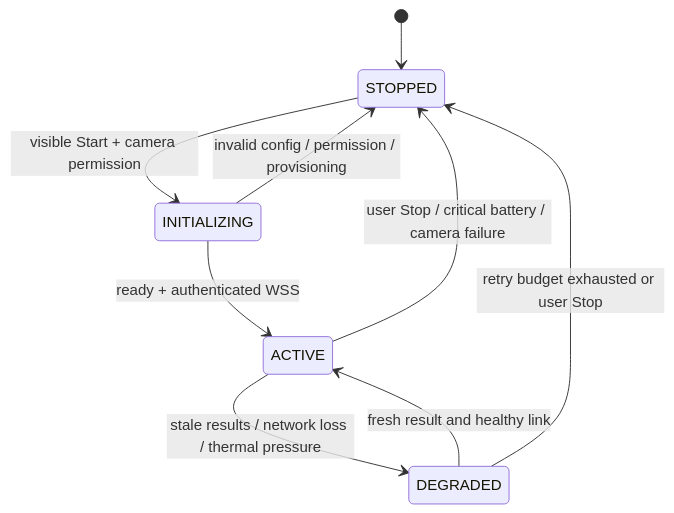
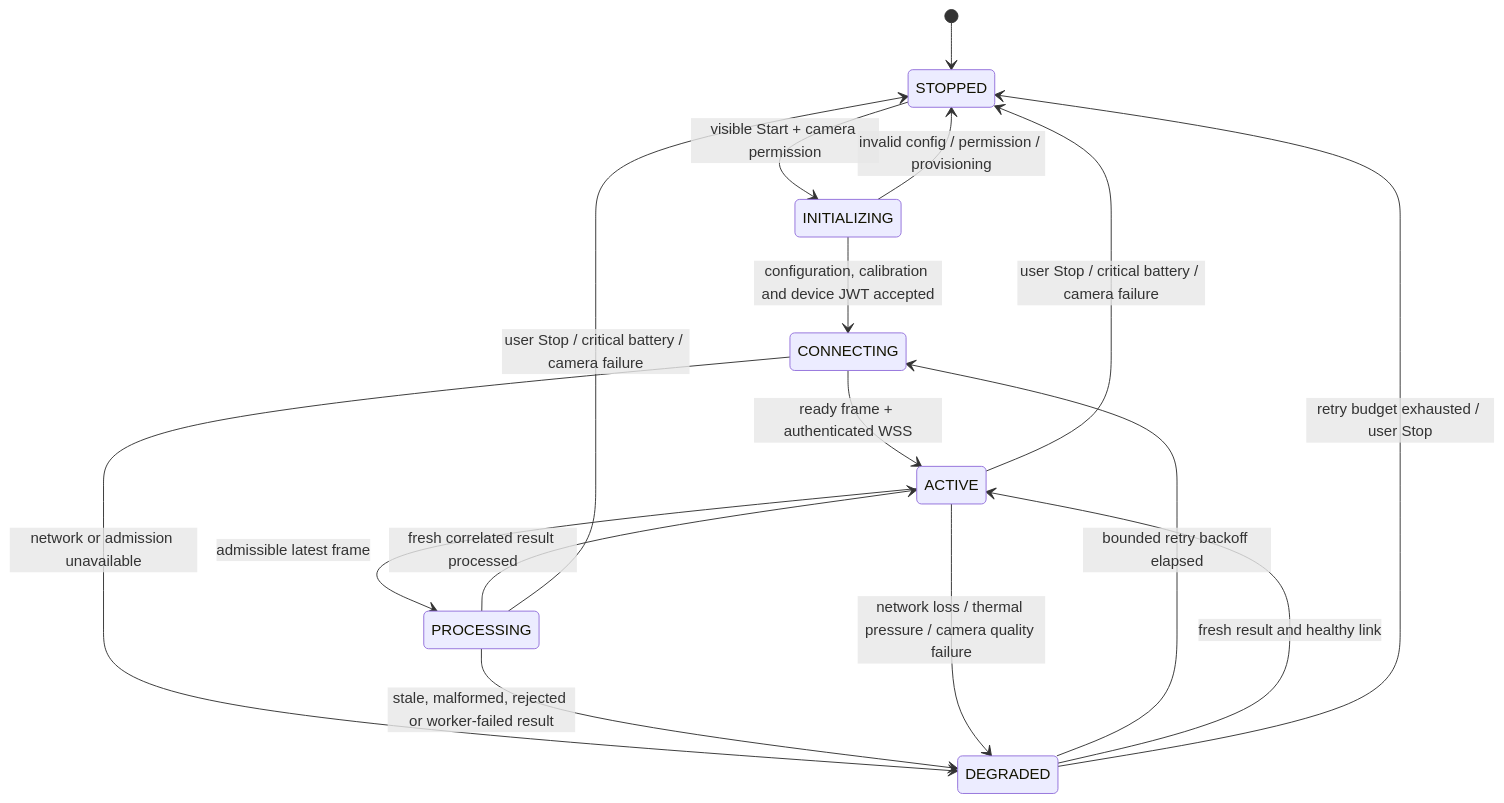
Before and after one commit to kethanva/akshrava: the third of 7 diagrams in README.md, drawn with Mermaid. The commit also changed other lines of this file and 53 other files, not shown here.

````diff
--- a/README.md
+++ b/README.md
@@ -119,11 +119,18 @@
 ```mermaid
 stateDiagram-v2
   [*] --> STOPPED
   STOPPED --> INITIALIZING: visible Start + camera permission
-  INITIALIZING --> ACTIVE: ready + authenticated WSS
+  INITIALIZING --> CONNECTING: configuration, calibration and device JWT accepted
   INITIALIZING --> STOPPED: invalid config / permission / provisioning
-  ACTIVE --> DEGRADED: stale results / network loss / thermal pressure
+  CONNECTING --> ACTIVE: ready frame + authenticated WSS
+  CONNECTING --> DEGRADED: network or admission unavailable
+  ACTIVE --> PROCESSING: admissible latest frame
+  PROCESSING --> ACTIVE: fresh correlated result processed
+  PROCESSING --> DEGRADED: stale, malformed, rejected or worker-failed result
+  ACTIVE --> DEGRADED: network loss / thermal pressure / camera quality failure
+  DEGRADED --> CONNECTING: bounded retry backoff elapsed
   DEGRADED --> ACTIVE: fresh result and healthy link
-  DEGRADED --> STOPPED: retry budget exhausted or user Stop
+  DEGRADED --> STOPPED: retry budget exhausted / user Stop
   ACTIVE --> STOPPED: user Stop / critical battery / camera failure
+  PROCESSING --> STOPPED: user Stop / critical battery / camera failure
 ```
````
